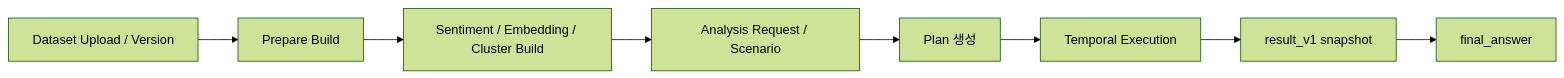
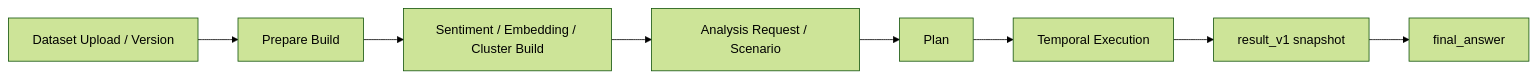
The diagram in README.md (squirrelabbit/analysis-agent-platform), drawn with Mermaid (forest theme) before and after one commit. The commit also changed other lines of this file and 10 other files, not shown here.

````diff
--- a/README.md
+++ b/README.md
@@ -32,10 +15,10 @@
 ```mermaid
 flowchart LR
     A["Dataset Upload / Version"] --> B["Prepare Build"]
     B --> C["Sentiment / Embedding / Cluster Build"]
     C --> D["Analysis Request / Scenario"]
-    D --> E["Plan 생성"]
+    D --> E["Plan"]
     E --> F["Temporal Execution"]
     F --> G["result_v1 snapshot"]
     G --> H["final_answer"]
 ```
````
